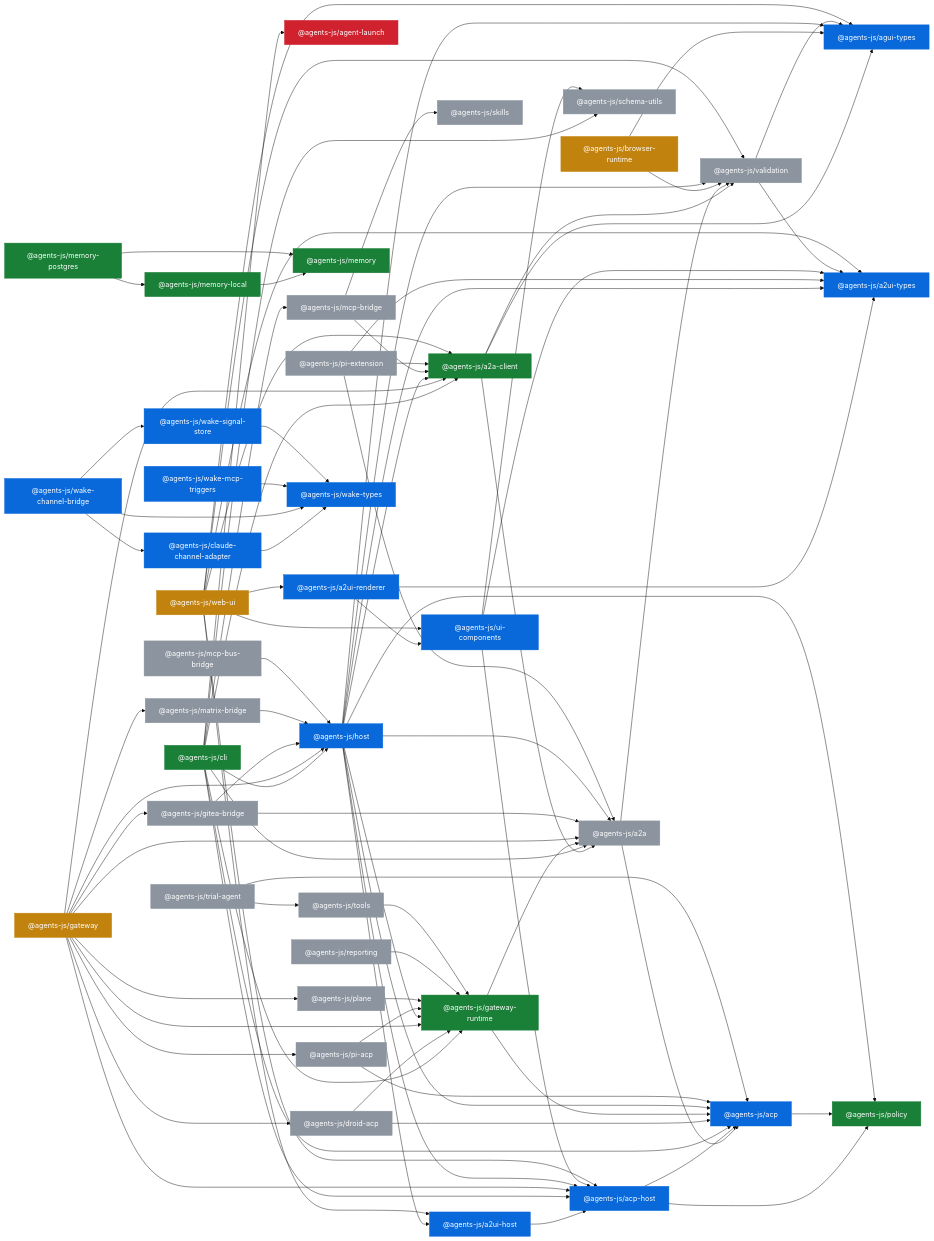
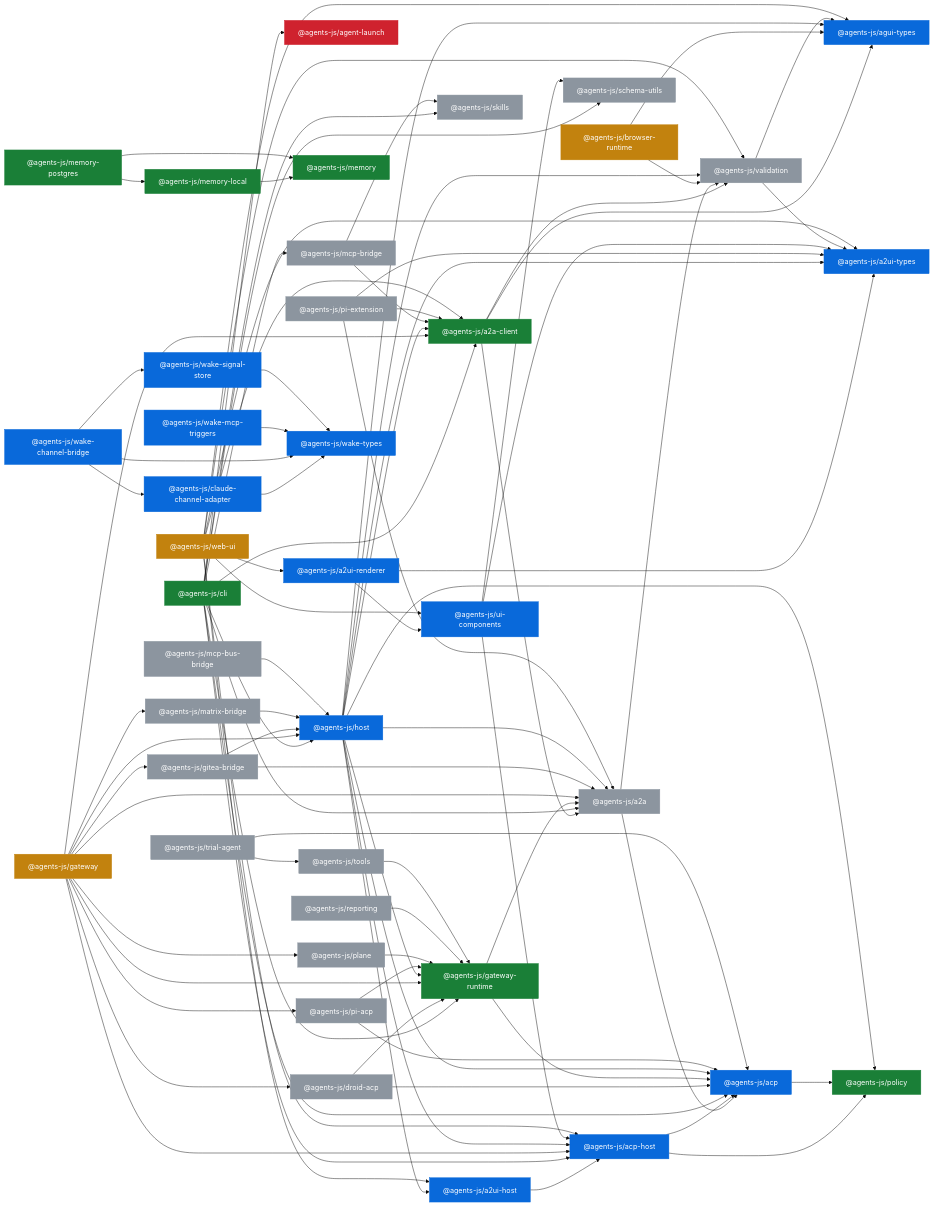
The diagram in docs/_generated/capability-graph.md (jensbodal/agents-js), drawn with Mermaid (base theme) before and after one commit. The commit also changed 15 other files, not shown here.

First line of the commit message:
feat(agent-launch,cli): native-pi onboarding + skills seam + onboard verb

```diff
--- a/docs/_generated/capability-graph.md
+++ b/docs/_generated/capability-graph.md
@@ -70,6 +70,7 @@
   cli --> host
   cli --> mcp_bridge
   cli --> schema_utils
+  cli --> skills
   droid_acp --> acp
   droid_acp --> gateway_runtime
   gateway_runtime --> a2a
```
